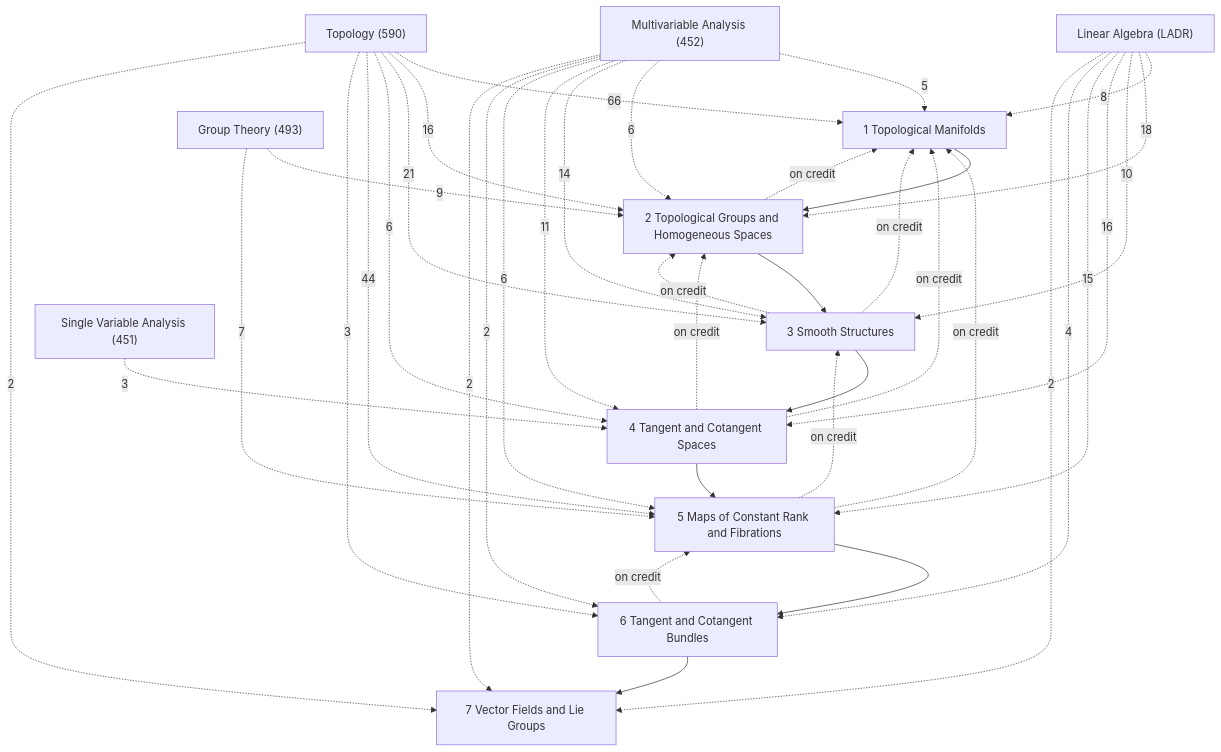
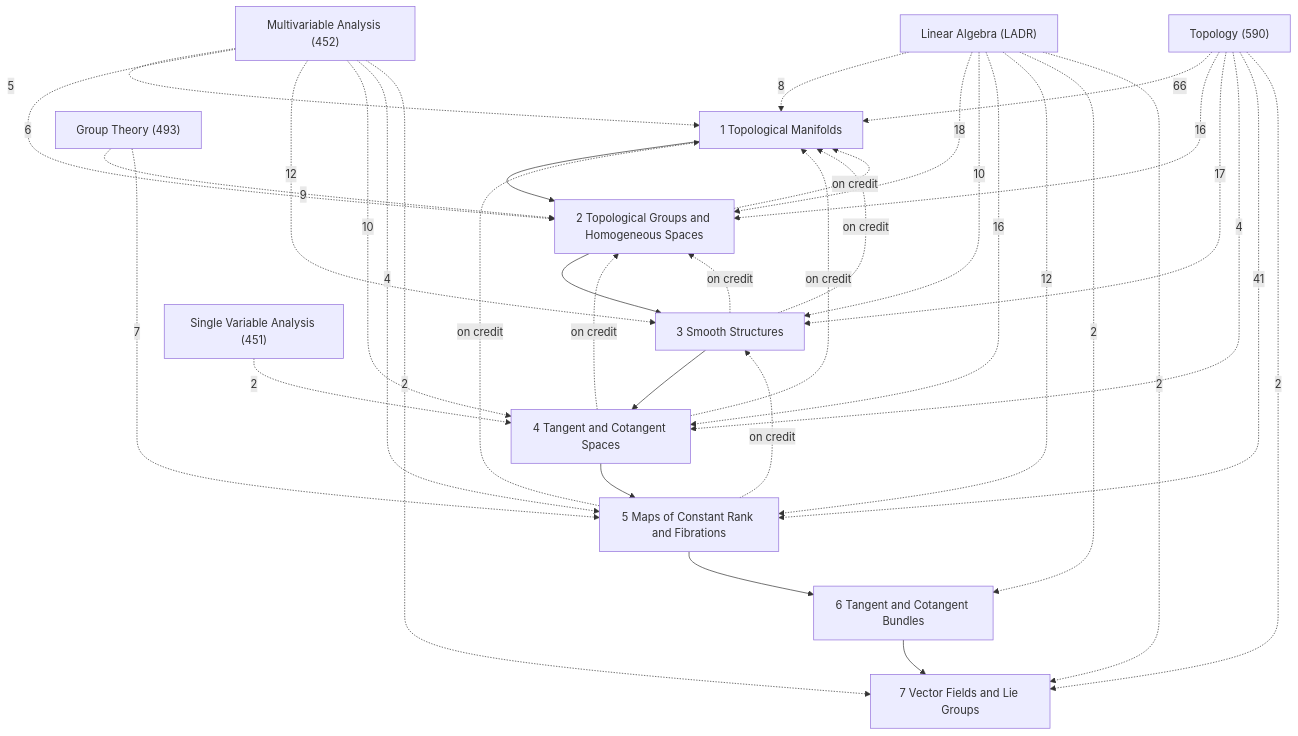
Before and after one commit to Onion20040508/notes: the diagram in Math/Differentiable Manifolds/Differentiable Manifolds.md, drawn with Mermaid. The commit also changed other lines of this file and 69 other files, not shown here.

````diff
--- a/Math/Differentiable Manifolds/Differentiable Manifolds.md
+++ b/Math/Differentiable Manifolds/Differentiable Manifolds.md
@@ -27,53 +27,50 @@
 ```mermaid
 graph TD
   C1["1 Topological Manifolds"]
   C2["2 Topological Groups and Homogeneous Spaces"]
   C3["3 Smooth Structures"]
   C4["4 Tangent and Cotangent Spaces"]
   C5["5 Maps of Constant Rank and Fibrations"]
   C6["6 Tangent and Cotangent Bundles"]
   C7["7 Vector Fields and Lie Groups"]
   X1["Topology (590)"]
   X2["Multivariable Analysis (452)"]
   X3["Linear Algebra (LADR)"]
   X4["Group Theory (493)"]
   X5["Single Variable Analysis (451)"]
   C1 --> C2
   C2 --> C3
   C3 --> C4
   C4 --> C5
   C5 --> C6
   C6 --> C7
   C2 -.->|on credit| C1
   C3 -.->|on credit| C1
   C3 -.->|on credit| C2
   C4 -.->|on credit| C1
   C4 -.->|on credit| C2
   C5 -.->|on credit| C1
   C5 -.->|on credit| C3
-  C6 -.->|on credit| C5
   X4 -.->|9| C2
   X4 -.->|7| C5
   X3 -.->|8| C1
   X3 -.->|18| C2
   X3 -.->|10| C3
   X3 -.->|16| C4
-  X3 -.->|15| C5
-  X3 -.->|4| C6
+  X3 -.->|12| C5
+  X3 -.->|2| C6
   X3 -.->|2| C7
   X2 -.->|5| C1
   X2 -.->|6| C2
-  X2 -.->|14| C3
-  X2 -.->|11| C4
-  X2 -.->|6| C5
-  X2 -.->|2| C6
+  X2 -.->|12| C3
+  X2 -.->|10| C4
+  X2 -.->|4| C5
   X2 -.->|2| C7
-  X5 -.->|3| C4
+  X5 -.->|2| C4
   X1 -.->|66| C1
   X1 -.->|16| C2
-  X1 -.->|21| C3
-  X1 -.->|6| C4
-  X1 -.->|44| C5
-  X1 -.->|3| C6
+  X1 -.->|17| C3
+  X1 -.->|4| C4
+  X1 -.->|41| C5
   X1 -.->|2| C7
 ```
````
